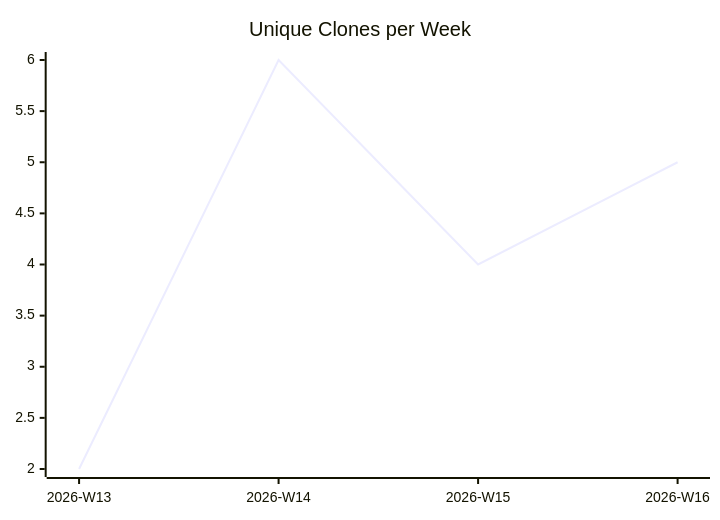
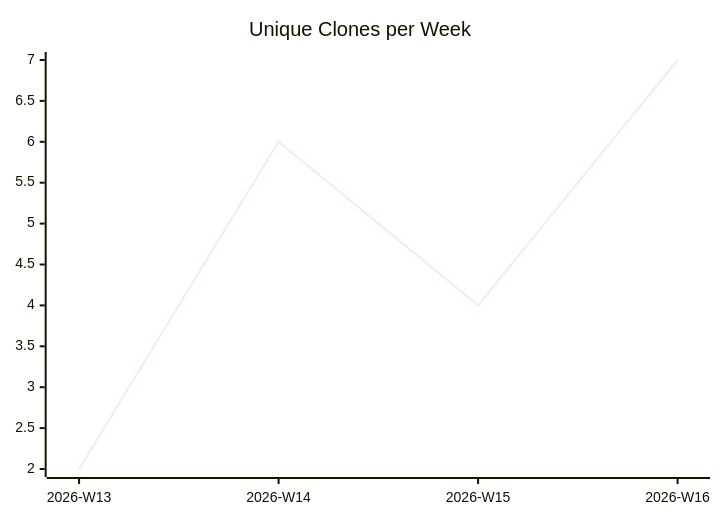
Before and after one commit to justdavis-family/github-analytics-data: the third of 3 diagrams in karlmdavis/obsidian-operator/README.md, drawn with Mermaid. The commit also changed other lines of this file and 190 other files, not shown here.

````diff
--- a/karlmdavis/obsidian-operator/README.md
+++ b/karlmdavis/obsidian-operator/README.md
@@ -19,6 +19,6 @@
 ```mermaid
 xychart-beta
   title "Unique Clones per Week"
   x-axis ["2026-W13", "2026-W14", "2026-W15", "2026-W16"]
-  line [2, 6, 4, 5]
+  line [2, 6, 4, 7]
 ```
````
